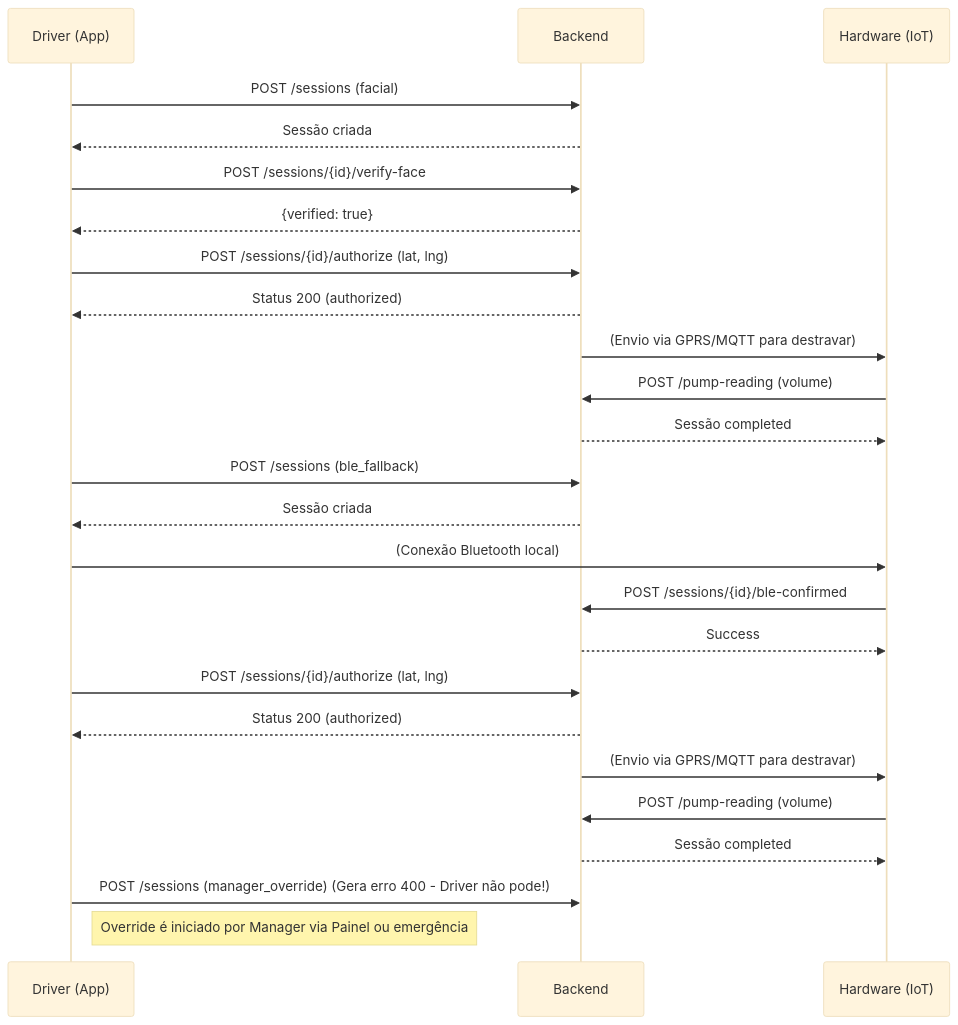
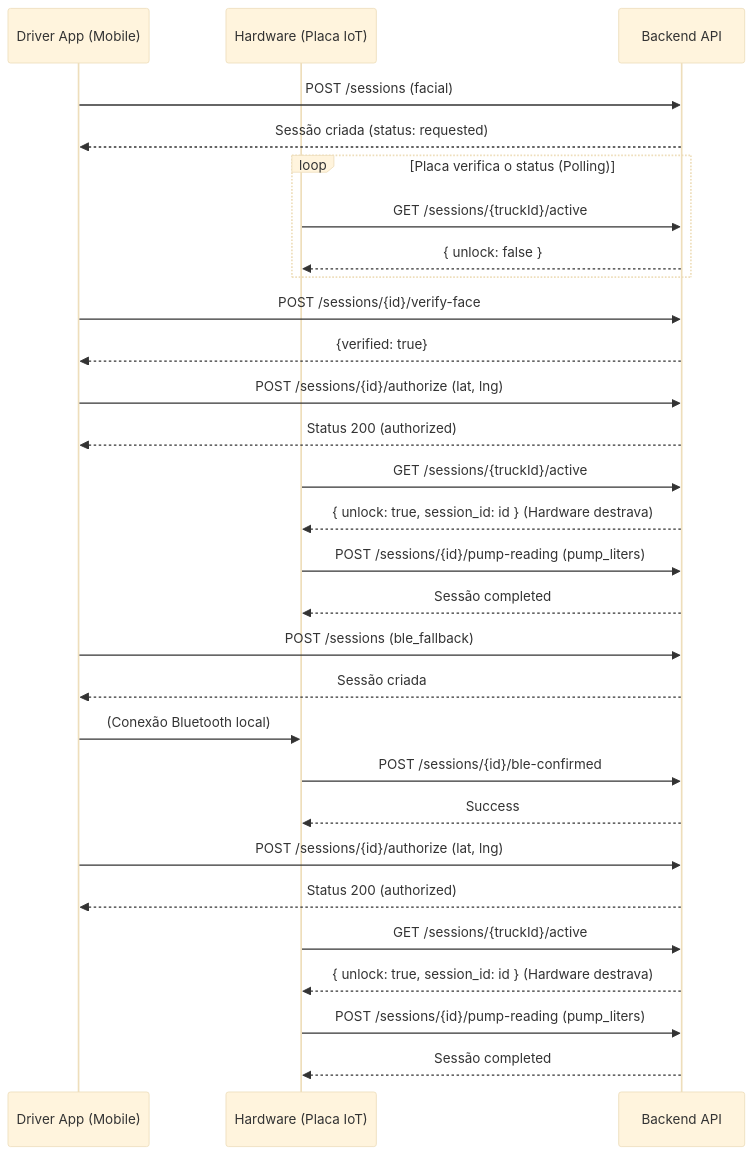
One commit to gustavinzx/EHRSolution---WEB changed the diagram in docs/API_MOBILE.md. Above: the diagram before and after it, drawn with Mermaid (base theme). The commit also changed other lines of this file and 5 other files, not shown here.

Commit message:
docs: reescrita de API_MOBILE.md, testes D1/D2 e relatorio

````diff
--- a/docs/API_MOBILE.md
+++ b/docs/API_MOBILE.md
@@ -175,33 +245,44 @@
 ```mermaid
 sequenceDiagram
-    participant D as Driver (App)
-    participant B as Backend
-    participant H as Hardware (IoT)
+    participant D as Driver App (Mobile)
+    participant H as Hardware (Placa IoT)
+    participant B as Backend API
+
+    %% Fluxo 1: Reconhecimento Facial (Polling na placa)
+    D->>B: POST /sessions (facial)
+    B-->>D: Sessão criada (status: requested)
     
-    %% Fluxo 1: Facial (Normal)
-    D->>B: POST /sessions (facial)
-    B-->>D: Sessão criada
+    loop Placa verifica o status (Polling)
+        H->>B: GET /sessions/{truckId}/active
+        B-->>H: { unlock: false }
+    end
+    
     D->>B: POST /sessions/{id}/verify-face
     B-->>D: {verified: true}
+    
     D->>B: POST /sessions/{id}/authorize (lat, lng)
     B-->>D: Status 200 (authorized)
-    B->>H: (Envio via GPRS/MQTT para destravar)
-    H->>B: POST /pump-reading (volume)
+    
+    H->>B: GET /sessions/{truckId}/active
+    B-->>H: { unlock: true, session_id: id } (Hardware destrava)
+    
+    H->>B: POST /sessions/{id}/pump-reading (pump_liters)
     B-->>H: Sessão completed
-    
+
     %% Fluxo 2: BLE Fallback
     D->>B: POST /sessions (ble_fallback)
     B-->>D: Sessão criada
+    
     D->>H: (Conexão Bluetooth local)
     H->>B: POST /sessions/{id}/ble-confirmed
     B-->>H: Success
+    
     D->>B: POST /sessions/{id}/authorize (lat, lng)
     B-->>D: Status 200 (authorized)
-    B->>H: (Envio via GPRS/MQTT para destravar)
-    H->>B: POST /pump-reading (volume)
+    
+    H->>B: GET /sessions/{truckId}/active
+    B-->>H: { unlock: true, session_id: id } (Hardware destrava)
+    
+    H->>B: POST /sessions/{id}/pump-reading (pump_liters)
     B-->>H: Sessão completed
-
-    %% Fluxo 3: Manager Override
-    D->>B: POST /sessions (manager_override) (Gera erro 400 - Driver não pode!)
-    Note right of D: Override é iniciado por Manager via Painel ou emergência
 ```
````
